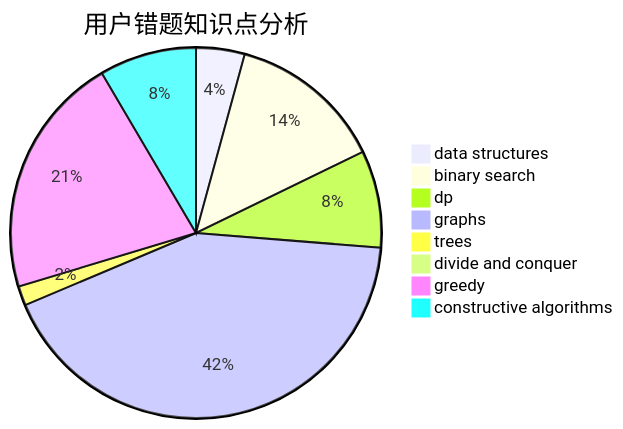
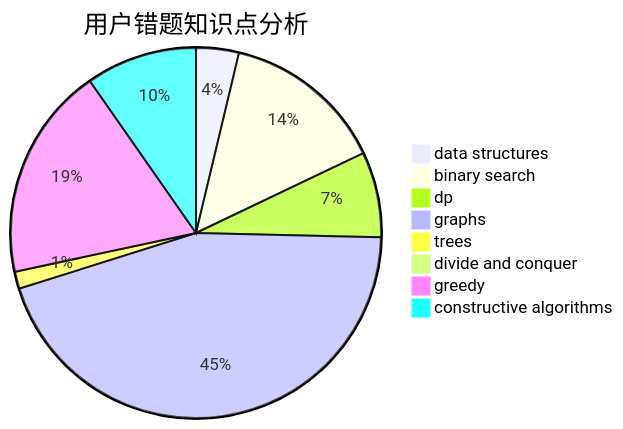
Before and after one commit to sherpahu/cfrs.github.io: the third of 3 diagrams in docs/user/u76.md, drawn with Mermaid. The commit also changed other lines of this file and 2770 other files, not shown here.

````diff
--- a/docs/user/u76.md
+++ b/docs/user/u76.md
@@ -36,11 +36,11 @@
 ```mermaid
 pie title 用户错题知识点分析
     "data structures" :  5
-    "binary search" :  16
+    "binary search" :  19
     "dp" :  10
-    "graphs" :  50
+    "graphs" :  60
     "trees" :  2
     "divide and conquer" :  0
     "greedy" :  25
-    "constructive algorithms" :  10
+    "constructive algorithms" :  13
 ```
````
